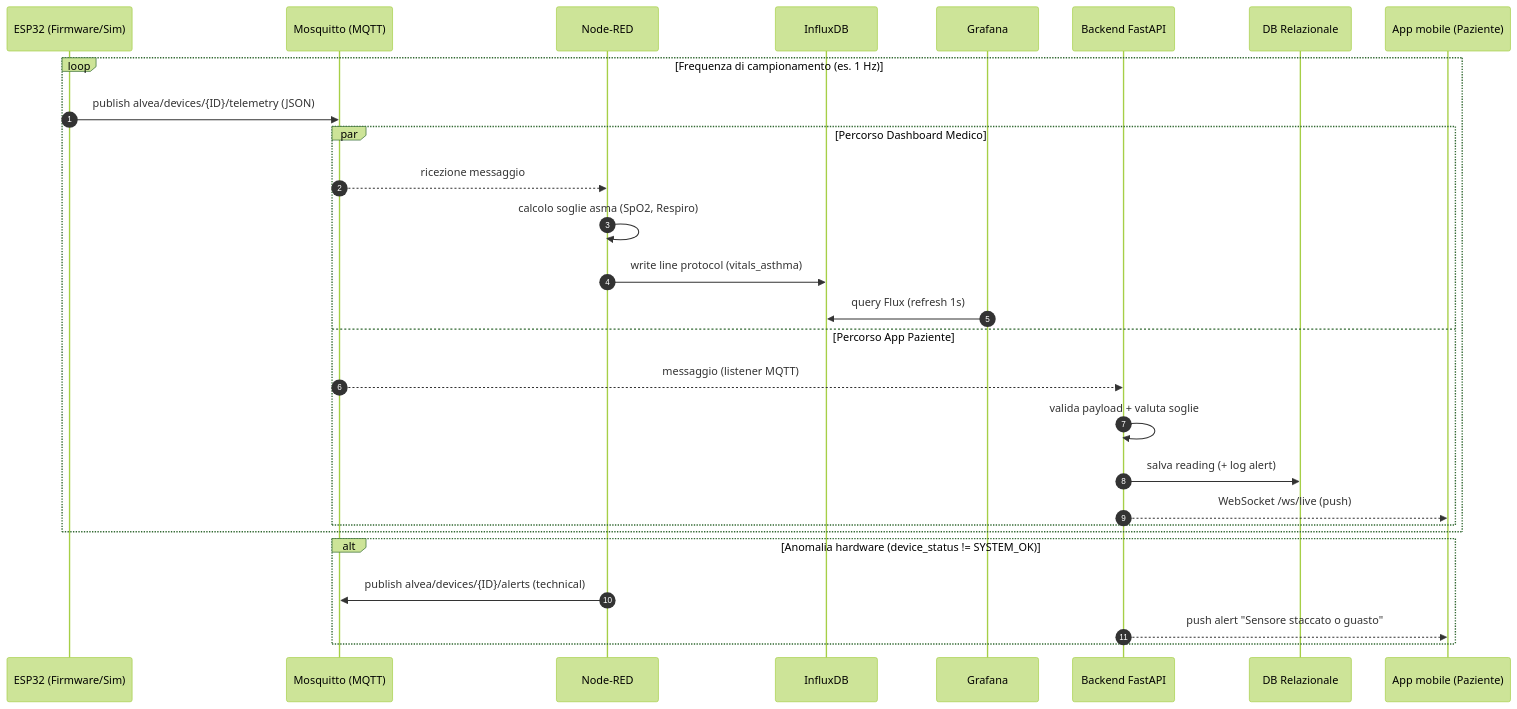
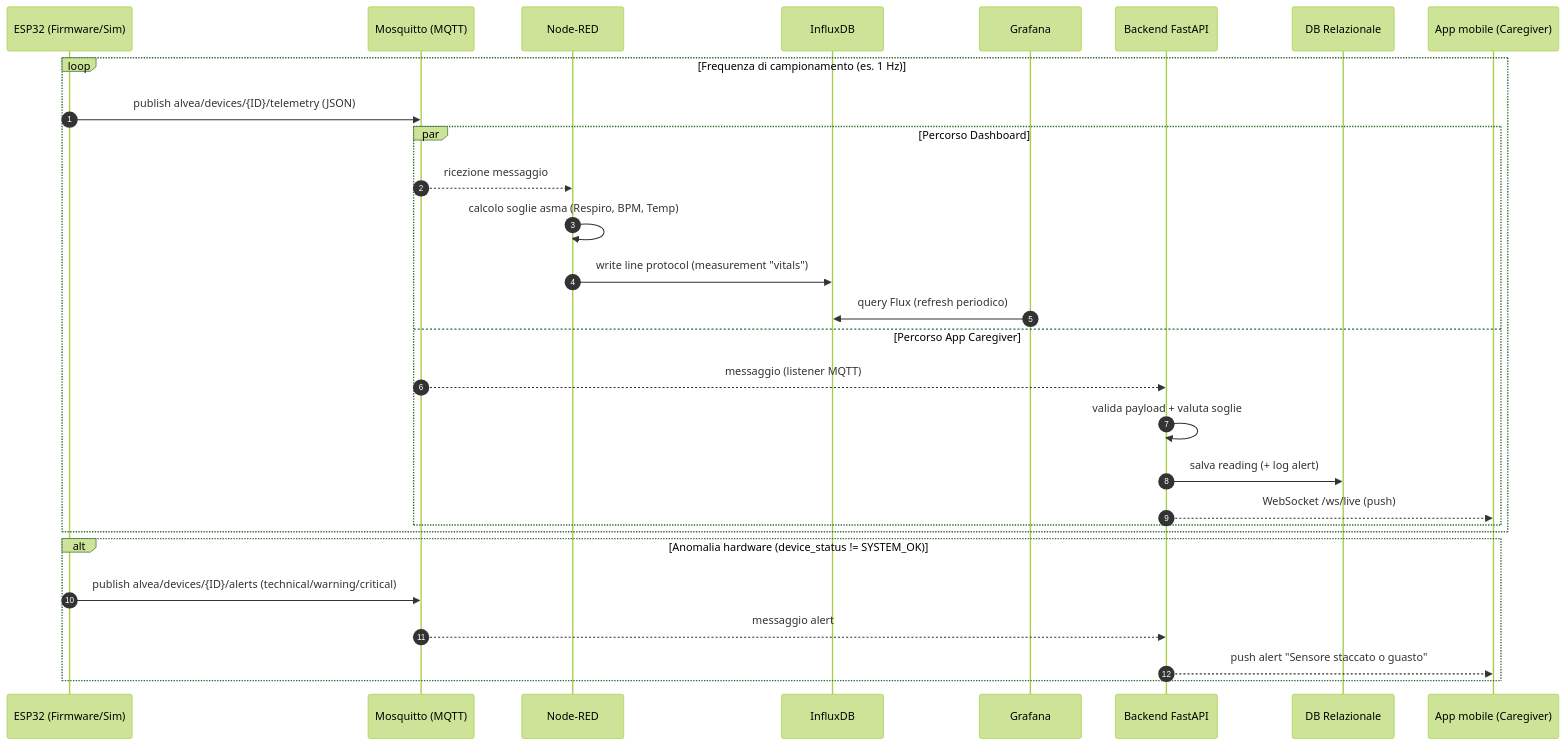
Before and after one commit to acrisci05/Alvea: the first of 3 diagrams in docs/04-sequence.md, drawn with Mermaid (forest theme). The commit also changed other lines of this file and 7 other files, not shown here.

````diff
--- a/docs/04-sequence.md
+++ b/docs/04-sequence.md
@@ -5,32 +5,33 @@
 ```mermaid
 sequenceDiagram
     autonumber
     participant ESP as ESP32 (Firmware/Sim)
     participant MQ as Mosquitto (MQTT)
     participant NR as Node-RED
     participant DB as InfluxDB
     participant GF as Grafana
     participant BE as Backend FastAPI
     participant SQ as DB Relazionale
-    participant APP as App mobile (Paziente)
+    participant APP as App mobile (Caregiver)
 
     loop Frequenza di campionamento (es. 1 Hz)
         ESP->>MQ: publish alvea/devices/{ID}/telemetry (JSON)
-        par Percorso Dashboard Medico
+        par Percorso Dashboard
             MQ-->>NR: ricezione messaggio
-            NR->>NR: calcolo soglie asma (SpO2, Respiro)
-            NR->>DB: write line protocol (vitals_asthma)
-            GF->>DB: query Flux (refresh 1s)
-        and Percorso App Paziente
+            NR->>NR: calcolo soglie asma (Respiro, BPM, Temp)
+            NR->>DB: write line protocol (measurement "vitals")
+            GF->>DB: query Flux (refresh periodico)
+        and Percorso App Caregiver
             MQ-->>BE: messaggio (listener MQTT)
             BE->>BE: valida payload + valuta soglie
             BE->>SQ: salva reading (+ log alert)
             BE-->>APP: WebSocket /ws/live (push)
         end
     end
 
     alt Anomalia hardware (device_status != SYSTEM_OK)
-        NR->>MQ: publish alvea/devices/{ID}/alerts (technical)
+        ESP->>MQ: publish alvea/devices/{ID}/alerts (technical/warning/critical)
+        MQ-->>BE: messaggio alert
         BE-->>APP: push alert "Sensore staccato o guasto"
     end
 ```
````
